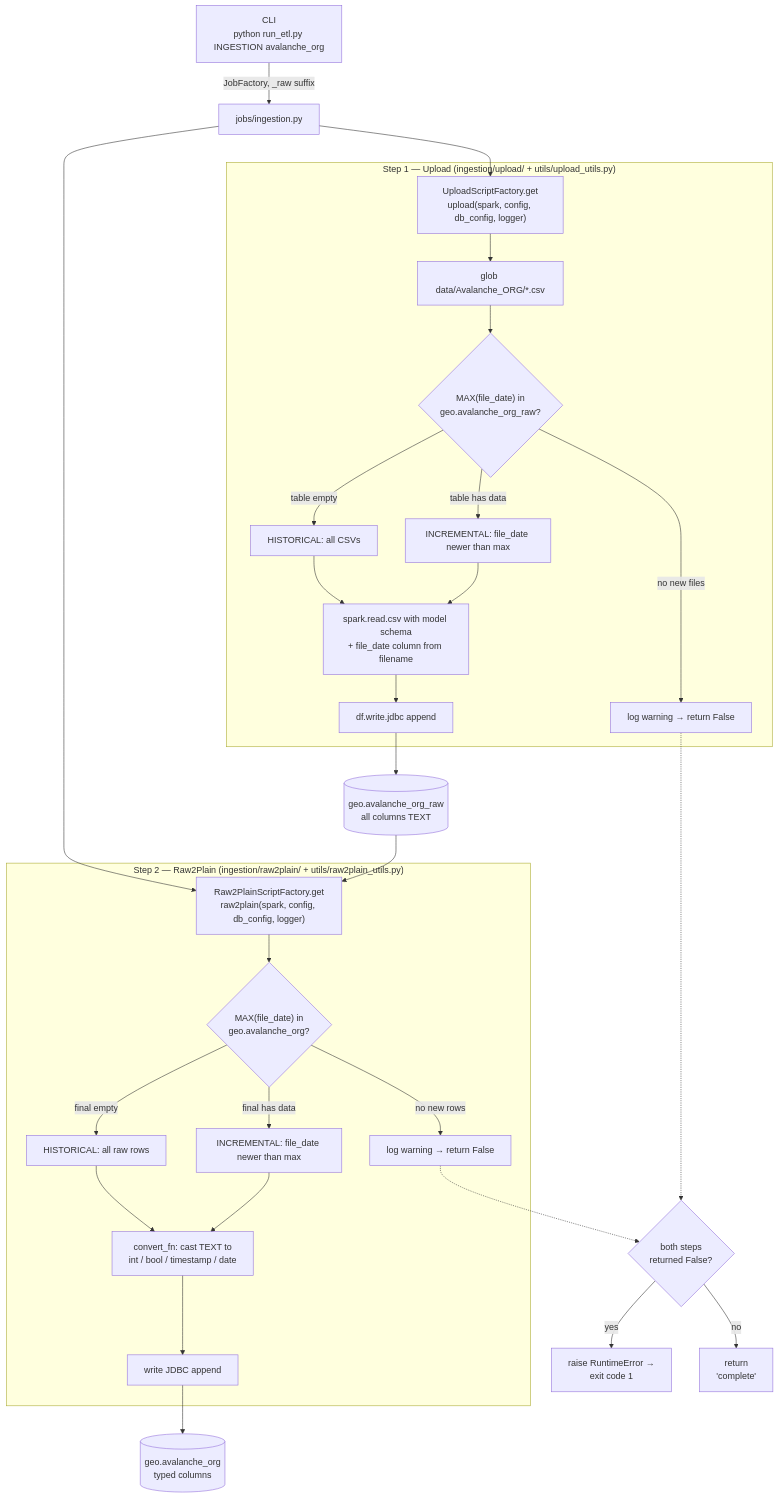
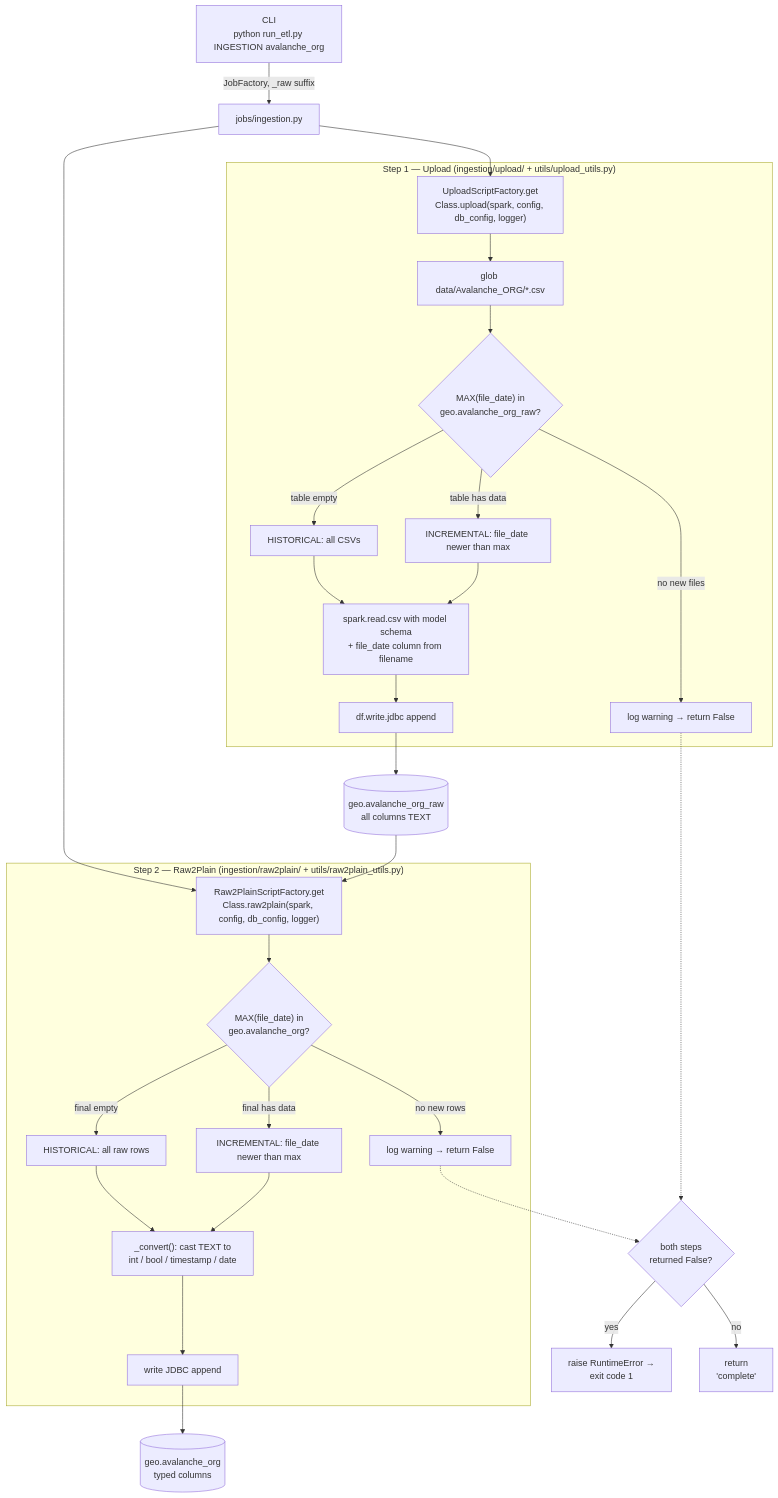
Before and after one commit to kaluzny1995/GEO_ETL: the diagram in docs/etl_jobs/ingestion.md, drawn with Mermaid. The commit also changed other lines of this file and 75 other files, not shown here.

````diff
--- a/docs/etl_jobs/ingestion.md
+++ b/docs/etl_jobs/ingestion.md
@@ -7,37 +7,37 @@
 ```mermaid
 flowchart TD
     CLI["CLI<br/>python run_etl.py INGESTION avalanche_org"] -->|JobFactory, _raw suffix| JOB["jobs/ingestion.py"]
-    JOB --> FU["UploadScriptFactory.get<br/>upload(spark, config, db_config, logger)"]
-    JOB --> FT["Raw2PlainScriptFactory.get<br/>raw2plain(spark, config, db_config, logger)"]
+    JOB --> FU["UploadScriptFactory.get<br/>Class.upload(spark, config, db_config, logger)"]
+    JOB --> FT["Raw2PlainScriptFactory.get<br/>Class.raw2plain(spark, config, db_config, logger)"]
 
     subgraph UP["Step 1 — Upload (ingestion/upload/ + utils/upload_utils.py)"]
         FU --> FILES["glob data/Avalanche_ORG/*.csv"]
         FILES --> D1{"MAX(file_date) in<br/>geo.avalanche_org_raw?"}
         D1 -->|"table empty"| H1["HISTORICAL: all CSVs"]
         D1 -->|"table has data"| I1["INCREMENTAL: file_date newer than max"]
         H1 --> READ["spark.read.csv with model schema<br/>+ file_date column from filename"]
         I1 --> READ
         READ --> W1["df.write.jdbc append"]
         D1 -->|"no new files"| SKIP1["log warning → return False"]
     end
 
     subgraph R2P["Step 2 — Raw2Plain (ingestion/raw2plain/ + utils/raw2plain_utils.py)"]
         D2{"MAX(file_date) in<br/>geo.avalanche_org?"}
         D2 -->|"final empty"| H2["HISTORICAL: all raw rows"]
         D2 -->|"final has data"| I2["INCREMENTAL: file_date newer than max"]
-        H2 --> CV["convert_fn: cast TEXT to<br/>int / bool / timestamp / date"]
+        H2 --> CV["_convert(): cast TEXT to<br/>int / bool / timestamp / date"]
         I2 --> CV
         CV --> W2["write JDBC append"]
         D2 -->|"no new rows"| SKIP2["log warning → return False"]
         FT --> D2
     end
 
     W1 --> RAW[("geo.avalanche_org_raw<br/>all columns TEXT")]
     RAW --> FT
     W2 --> PLAIN[("geo.avalanche_org<br/>typed columns")]
 
     SKIP1 -.-> NOOP{"both steps<br/>returned False?"}
     SKIP2 -.-> NOOP
     NOOP -->|"yes"| FAIL["raise RuntimeError →<br/>exit code 1"]
     NOOP -->|"no"| OK["return<br/>'complete'"]
 ```
````
